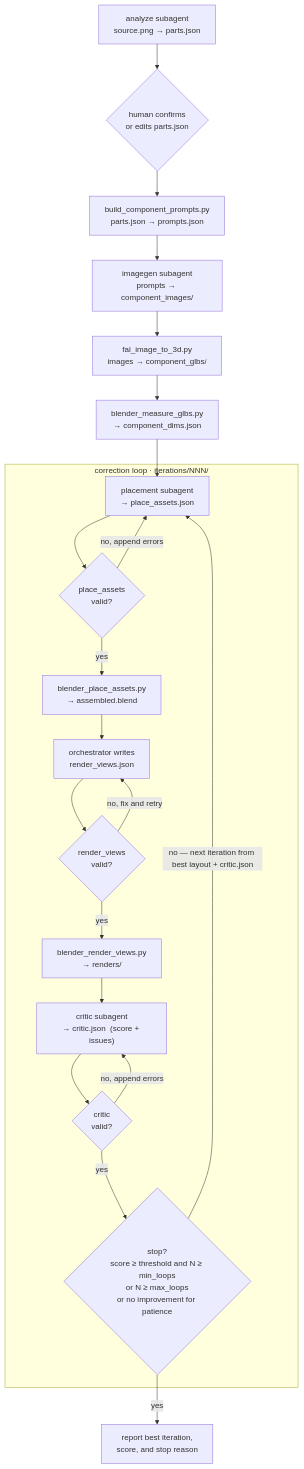
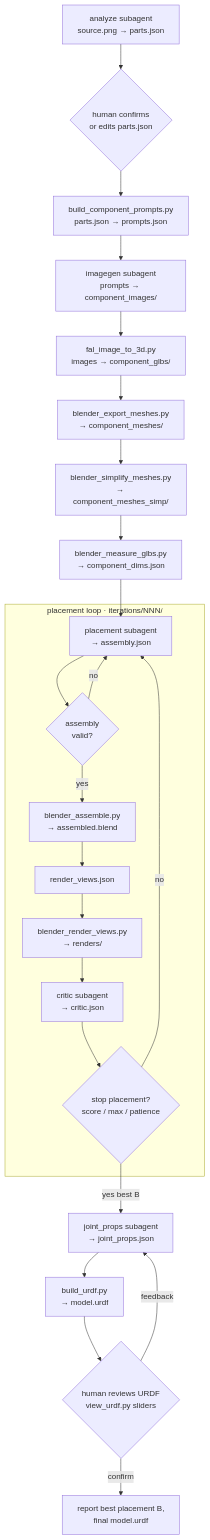
Before and after one commit to aakashvarma/dexter: the diagram in README.md, drawn with Mermaid. The commit also changed other lines of this file and 19 other files, not shown here.

First line of the commit message:
feat(pipeline)!: introduce articulated assembly IR and URDF export pipeline

````diff
--- a/README.md
+++ b/README.md
@@ -10,27 +10,29 @@
 ```mermaid
 flowchart TD
     analyze["analyze subagent\nsource.png → parts.json"] --> gate{"human confirms\nor edits parts.json"}
     gate --> prompts["build_component_prompts.py\nparts.json → prompts.json"]
     prompts --> imagegen["imagegen subagent\nprompts → component_images/"]
     imagegen --> fal["fal_image_to_3d.py\nimages → component_glbs/"]
-    fal --> measure["blender_measure_glbs.py\n→ component_dims.json"]
+    fal --> export["blender_export_meshes.py\n→ component_meshes/"]
+    export --> simplify["blender_simplify_meshes.py\n→ component_meshes_simp/"]
+    simplify --> measure["blender_measure_glbs.py\n→ component_dims.json"]
 
-    measure --> place["placement subagent\n→ place_assets.json"]
+    measure --> place["placement subagent\n→ assembly.json"]
 
-    subgraph loop ["correction loop  ·  iterations/NNN/"]
-        place --> vplace{"place_assets\nvalid?"}
-        vplace -->|no, append errors| place
-        vplace -->|yes| assemble["blender_place_assets.py\n→ assembled.blend"]
-        assemble --> renderplan["orchestrator writes\nrender_views.json"]
-        renderplan --> vrender{"render_views\nvalid?"}
-        vrender -->|no, fix and retry| renderplan
-        vrender -->|yes| render["blender_render_views.py\n→ renders/"]
-        render --> critique["critic subagent\n→ critic.json  (score + issues)"]
-        critique --> vcrit{"critic\nvalid?"}
-        vcrit -->|no, append errors| critique
-        vcrit -->|yes| decide{"stop?\nscore ≥ threshold and N ≥ min_loops\nor N ≥ max_loops\nor no improvement for patience"}
-        decide -->|no — next iteration from best layout + critic.json| place
+    subgraph placeLoop ["placement loop  ·  iterations/NNN/"]
+        place --> vplace{"assembly\nvalid?"}
+        vplace -->|no| place
+        vplace -->|yes| assemble["blender_assemble.py\n→ assembled.blend"]
+        assemble --> renderplan["render_views.json"]
+        renderplan --> render["blender_render_views.py\n→ renders/"]
+        render --> critique["critic subagent\n→ critic.json"]
+        critique --> decide{"stop placement?\nscore / max / patience"}
+        decide -->|no| place
     end
 
-    decide -->|yes| done["report best iteration,\nscore, and stop reason"]
+    decide -->|yes best B| jprops["joint_props subagent\n→ joint_props.json"]
+    jprops --> urdf["build_urdf.py\n→ model.urdf"]
+    urdf --> jgate{"human reviews URDF\nview_urdf.py sliders"}
+    jgate -->|feedback| jprops
+    jgate -->|confirm| done["report best placement B,\nfinal model.urdf"]
 ```
````
